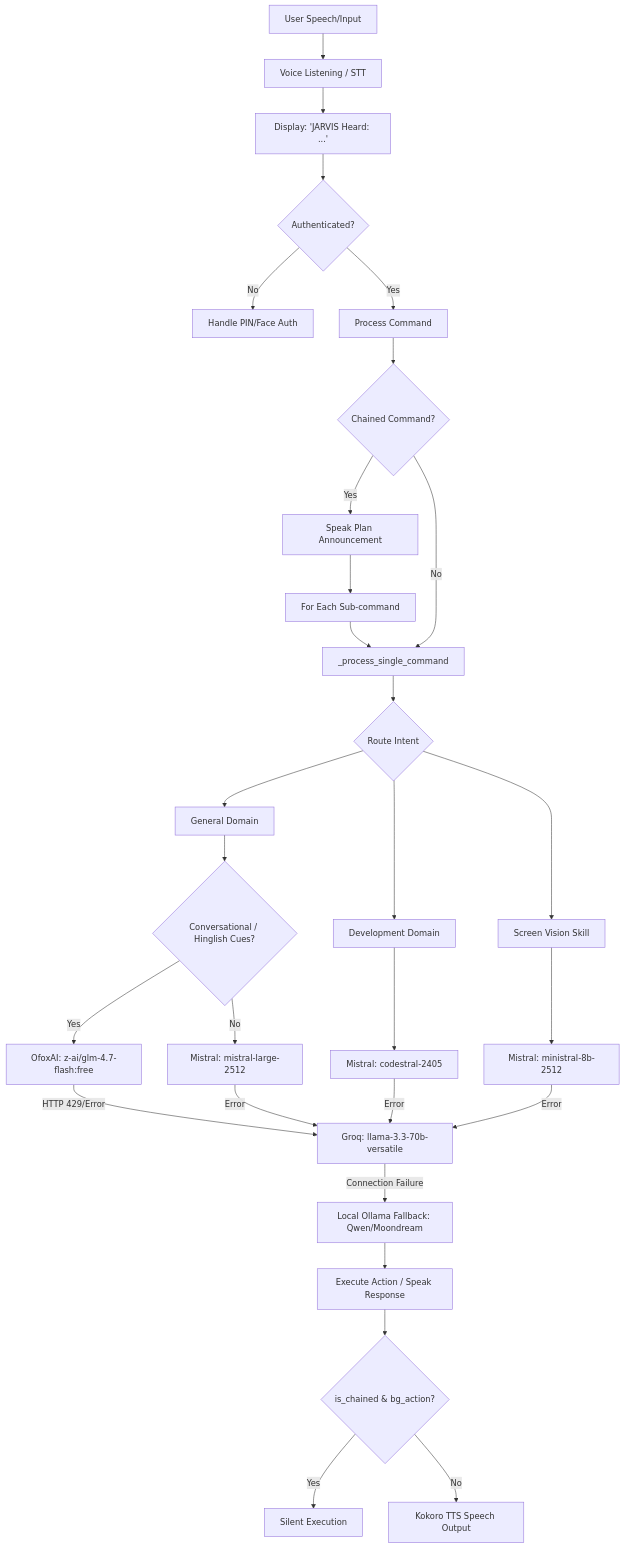
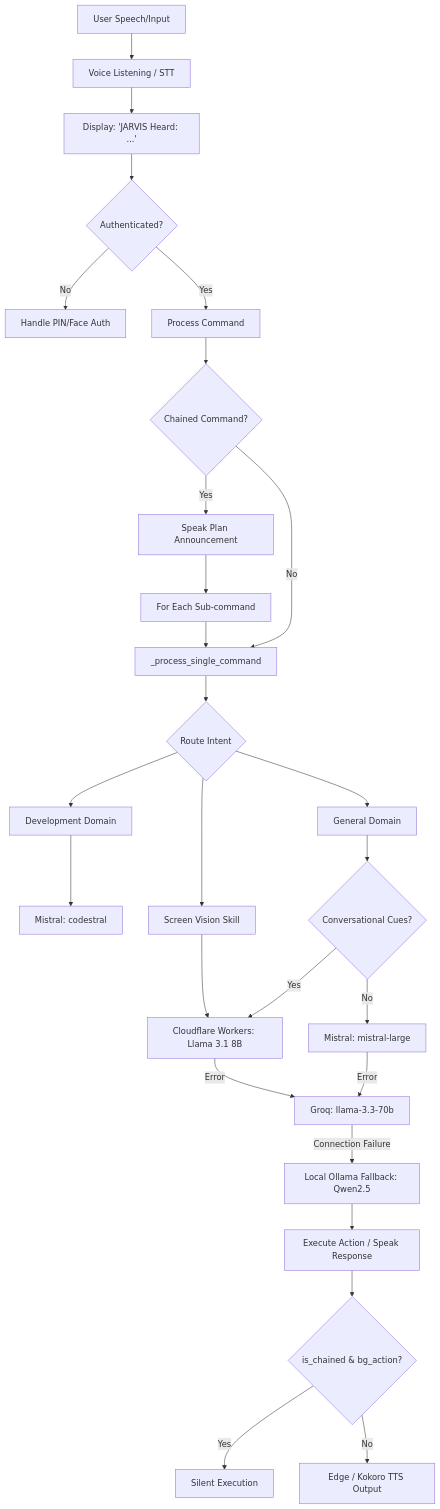
Before and after one commit to darshitp091/Jarvis: the diagram in README.md, drawn with Mermaid. The commit also changed other lines of this file and 1 other file, not shown here.

````diff
--- a/README.md
+++ b/README.md
@@ -103,31 +75,29 @@
 ```mermaid
 graph TD
     User[User Speech/Input] --> Listen[Voice Listening / STT]
     Listen --> Display[Display: 'JARVIS Heard: ...']
     Display --> Auth{Authenticated?}
     Auth -- No --> HandleAuth[Handle PIN/Face Auth]
     Auth -- Yes --> Process[Process Command]
     Process --> Chained{Chained Command?}
-    Chained -- Yes --> Plan[Speak Plan Announcement]
     Plan --> Loop[For Each Sub-command]
     Loop --> Single[_process_single_command]
+    Chained -- Yes --> Plan[Speak Plan Announcement]
     Chained -- No --> Single
     Single --> Route{Route Intent}
-    Route --> Dev[Development Domain] --> Codestral[Mistral: codestral-2405]
-    Route --> Vis[Screen Vision Skill] --> Ministral[Mistral: ministral-8b-2512]
-    Route --> Gen[General Domain] --> Conv{Conversational / Hinglish Cues?}
-    Conv -- Yes --> GLM[OfoxAI: z-ai/glm-4.7-flash:free]
-    Conv -- No --> MistralLarge[Mistral: mistral-large-2512]
+    Route --> Dev[Development Domain] --> Codestral[Mistral: codestral]
+    Route --> Vis[Screen Vision Skill] --> Cloudflare[Cloudflare Workers: Llama 3.1 8B]
+    Route --> Gen[General Domain] --> Conv{Conversational Cues?}
+    Conv -- Yes --> Cloudflare
+    Conv -- No --> MistralLarge[Mistral: mistral-large]
     
     %% Fallback Tree
-    GLM -- HTTP 429/Error --> Groq[Groq: llama-3.3-70b-versatile]
+    Cloudflare -- Error --> Groq[Groq: llama-3.3-70b]
     MistralLarge -- Error --> Groq
-    Codestral -- Error --> Groq
-    Ministral -- Error --> Groq
     
-    Groq -- Connection Failure --> Ollama[Local Ollama Fallback: Qwen/Moondream]
+    Groq -- Connection Failure --> Ollama[Local Ollama Fallback: Qwen2.5]
     Ollama --> Exec[Execute Action / Speak Response]
     Exec --> Suppress{is_chained & bg_action?}
     Suppress -- Yes --> Silent[Silent Execution]
-    Suppress -- No --> TTS[Kokoro TTS Speech Output]
+    Suppress -- No --> TTS[Edge / Kokoro TTS Output]
 ```
````
